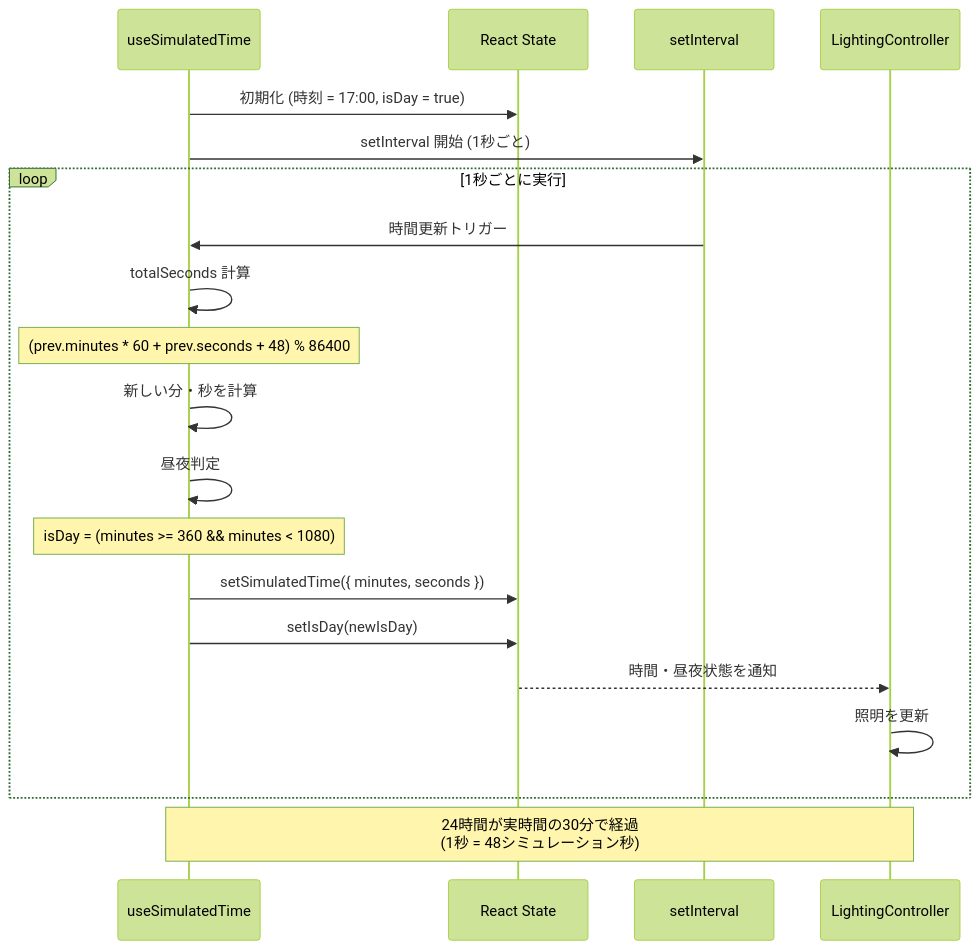
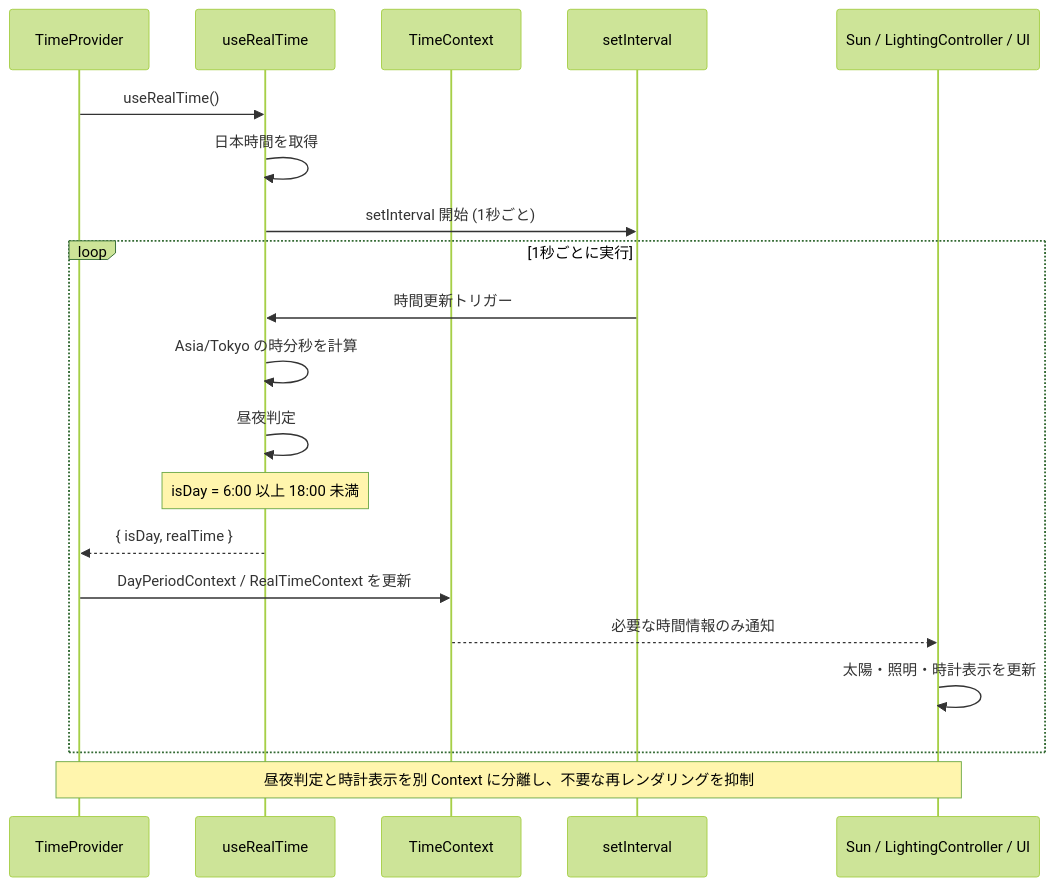
The second of 9 diagrams in docs/sequence-diagrams.md (andsaki/biotope), drawn with Mermaid (forest theme) before and after one commit. The commit also changed other lines of this file and 2 other files, not shown here.

Commit message:
chore: remove obsolete time code (#201)
Delete the unused legacy Clock component and simulated-time hook now that the app uses SimulationClock with the split realtime contexts.

Refresh sequence diagrams to describe the current realtime clock flow.

````diff
--- a/docs/sequence-diagrams.md
+++ b/docs/sequence-diagrams.md
@@ -42,25 +42,25 @@
 ```mermaid
 sequenceDiagram
-    participant Hook as useSimulatedTime
-    participant State as React State
+    participant Provider as TimeProvider
+    participant Hook as useRealTime
+    participant Context as TimeContext
     participant Interval as setInterval
-    participant Components as LightingController
+    participant Components as Sun / LightingController / UI
 
-    Hook->>State: 初期化 (時刻 = 17:00, isDay = true)
+    Provider->>Hook: useRealTime()
+    Hook->>Hook: 日本時間を取得
     Hook->>Interval: setInterval 開始 (1秒ごと)
 
     loop 1秒ごとに実行
         Interval->>Hook: 時間更新トリガー
-        Hook->>Hook: totalSeconds 計算
-        Note over Hook: (prev.minutes * 60 + prev.seconds + 48) % 86400
-        Hook->>Hook: 新しい分・秒を計算
+        Hook->>Hook: Asia/Tokyo の時分秒を計算
         Hook->>Hook: 昼夜判定
-        Note over Hook: isDay = (minutes >= 360 && minutes < 1080)
-        Hook->>State: setSimulatedTime({ minutes, seconds })
-        Hook->>State: setIsDay(newIsDay)
-        State-->>Components: 時間・昼夜状態を通知
-        Components->>Components: 照明を更新
+        Note over Hook: isDay = 6:00 以上 18:00 未満
+        Hook-->>Provider: { isDay, realTime }
+        Provider->>Context: DayPeriodContext / RealTimeContext を更新
+        Context-->>Components: 必要な時間情報のみ通知
+        Components->>Components: 太陽・照明・時計表示を更新
     end
 
-    Note over Hook,Components: 24時間が実時間の30分で経過<br/>(1秒 = 48シミュレーション秒)
+    Note over Provider,Components: 昼夜判定と時計表示を別 Context に分離し、不要な再レンダリングを抑制
 ```
````
